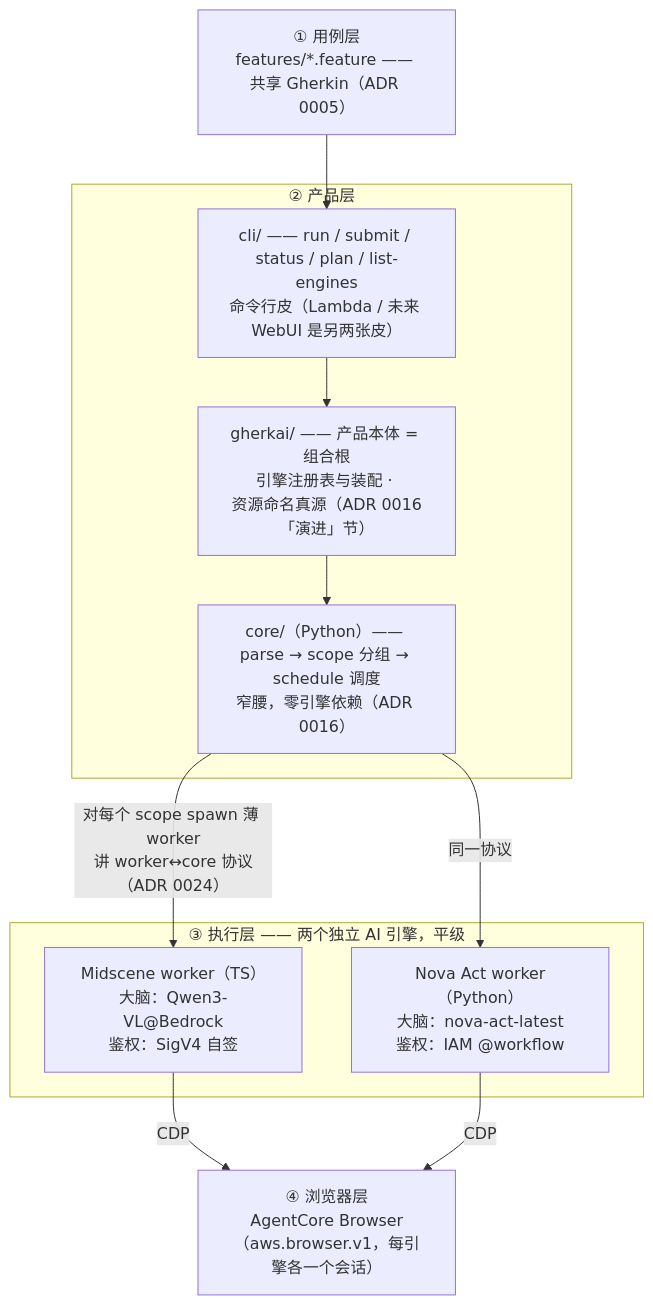
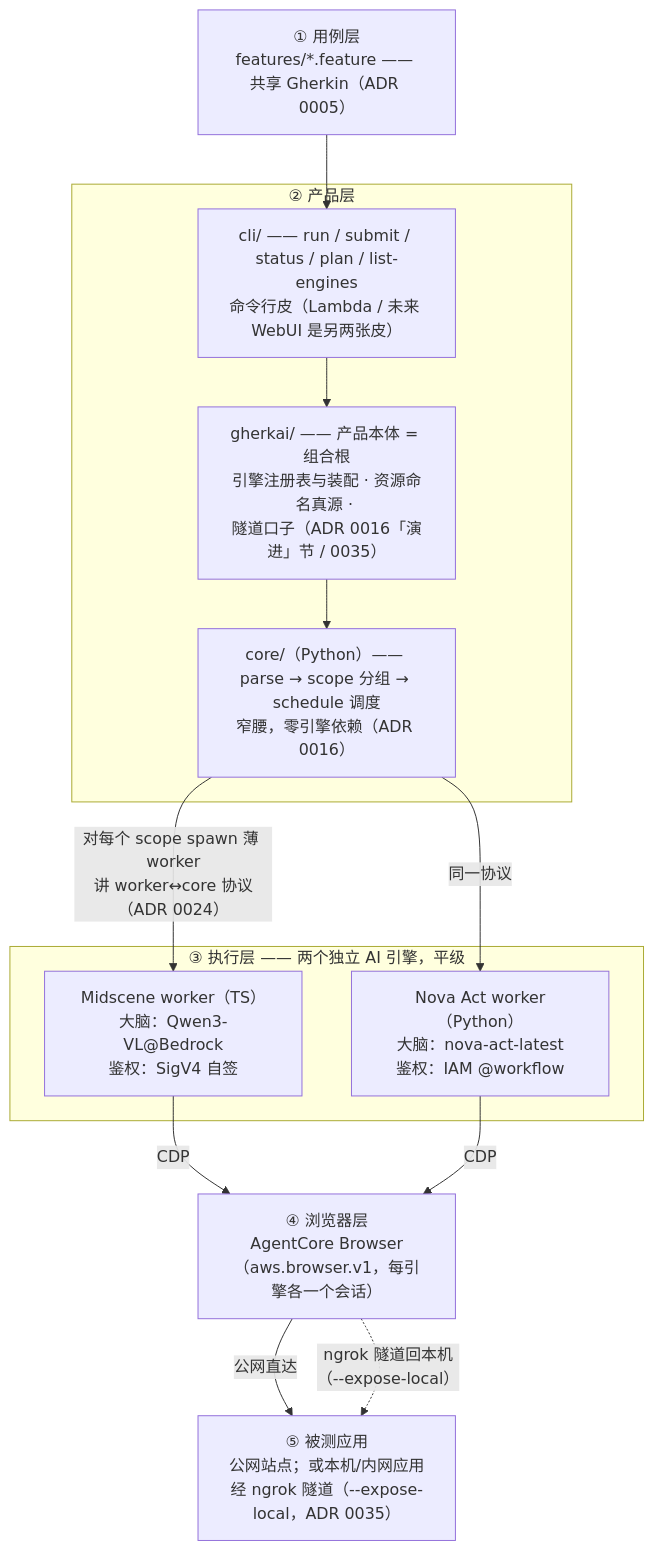
Before and after one commit to zhiyanliu/gherkai: the diagram in README.md, drawn with Mermaid.

Commit message:
README：架构速览图补 v1.3 拓扑（⑤ 被测应用层 + 隧道虚线）+ ngrok 前置消歧
- gherkai/ 节点职责补「隧道口子」（0035）；
- 新增「⑤ 被测应用」节点：浏览器层不再悬空——实线「公网直达」+ 虚线「ngrok 隧道回本机
  （--expose-local）」，被测应用的位置变量进拓扑；
- 前置要求「免费账号」消歧 →「注册免费账号即够，付费账号亦可」。

````diff
--- a/README.md
+++ b/README.md
@@ -33,24 +33,28 @@
 ```mermaid
 flowchart TD
     F["① 用例层<br/>features/*.feature —— 共享 Gherkin（ADR 0005）"]
 
     subgraph L2["② 产品层"]
         CLI["cli/ —— run / submit / status / plan / list-engines<br/>命令行皮（Lambda / 未来 WebUI 是另两张皮）"]
-        G["gherkai/ —— 产品本体 = 组合根<br/>引擎注册表与装配 · <br/>资源命名真源（ADR 0016「演进」节）"]
+        G["gherkai/ —— 产品本体 = 组合根<br/>引擎注册表与装配 · 资源命名真源 · <br/>隧道口子（ADR 0016「演进」节 / 0035）"]
         C["core/（Python）—— parse → scope 分组 → schedule 调度<br/>窄腰，零引擎依赖（ADR 0016）"]
         CLI --> G --> C
     end
 
     subgraph L3["③ 执行层 —— 两个独立 AI 引擎，平级"]
         M["Midscene worker（TS）<br/>大脑：Qwen3-VL@Bedrock<br/>鉴权：SigV4 自签"]
         N["Nova Act worker（Python）<br/>大脑：nova-act-latest<br/>鉴权：IAM @workflow"]
     end
 
     B["④ 浏览器层<br/>AgentCore Browser（aws.browser.v1，每引擎各一个会话）"]
 
+    APP["⑤ 被测应用<br/>公网站点；或本机/内网应用经 ngrok 隧道（--expose-local，ADR 0035）"]
+
     F --> CLI
     C -- "对每个 scope spawn 薄 worker<br/>讲 worker↔core 协议（ADR 0024）" --> M
     C -- " 同一协议 " --> N
     M -- CDP --> B
     N -- CDP --> B
+    B -- " 公网直达 " --> APP
+    B -. "ngrok 隧道回本机<br/>（--expose-local）" .-> APP
 ```
````
